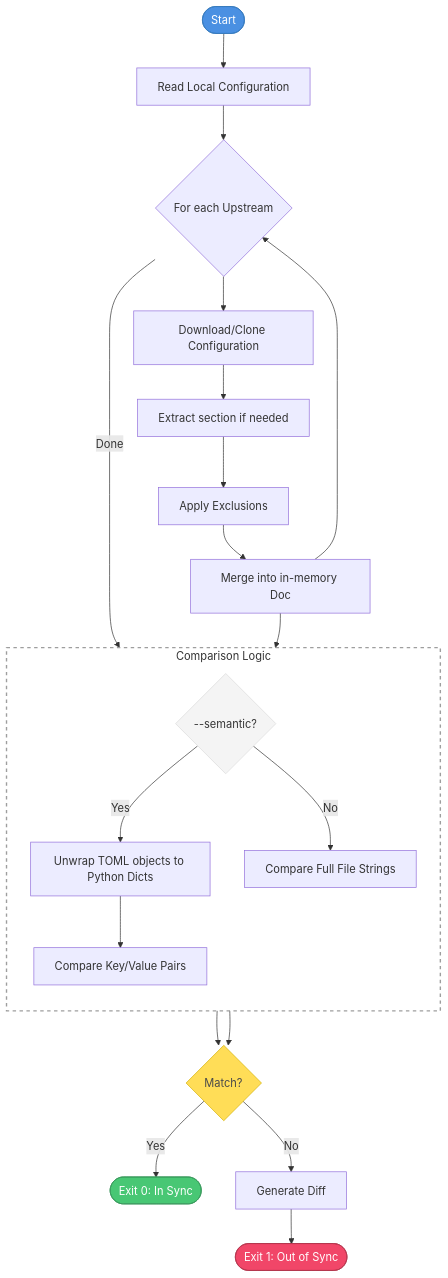
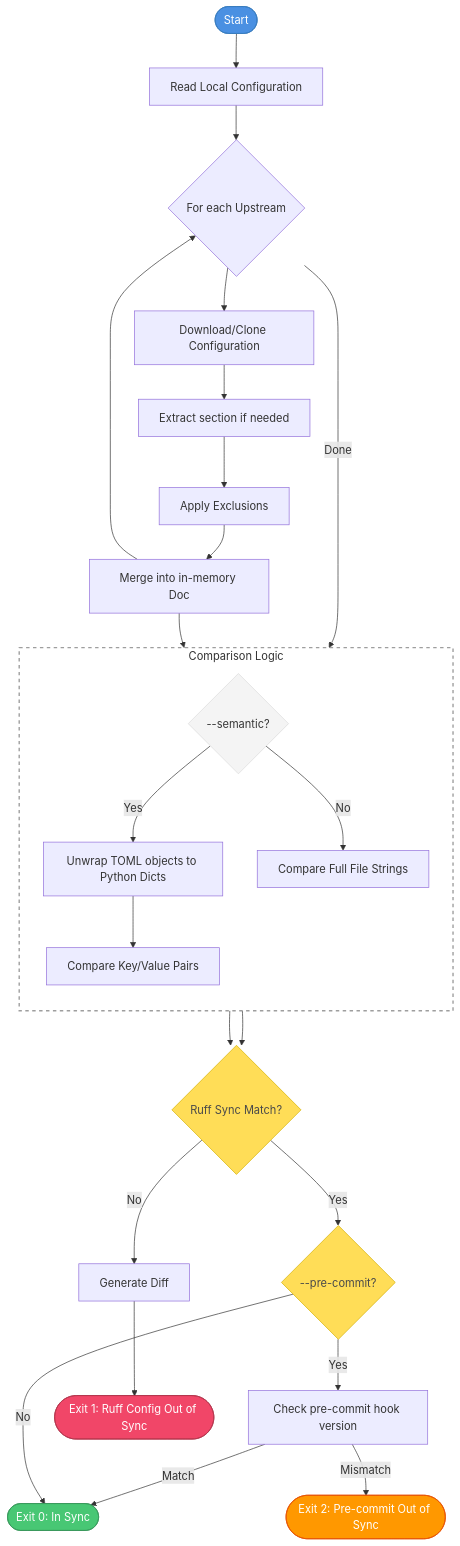
The diagram in README.md (Kilo59/ruff-sync), drawn with Mermaid before and after one commit. The commit also changed other lines of this file and 13 other files, not shown here.

First line of the commit message:
feat: implement pre-commit hook version synchronization

````diff
--- a/README.md
+++ b/README.md
@@ -344,36 +352,43 @@
 ```mermaid
 flowchart TD
     Start([Start]) --> Local[Read Local Configuration]
     Local --> Upstreams{For each Upstream}
     Upstreams --> Download[Download/Clone Configuration]
     Download --> Extract[Extract section if needed]
     Extract --> Exclude[Apply Exclusions]
     Exclude --> Merge[Merge into in-memory Doc]
     Merge --> Upstreams
     Upstreams -- Done --> Comparison
 
     subgraph Comparison [Comparison Logic]
         direction TB
         SemanticNode{--semantic?}
         SemanticNode -- Yes --> Unwrap[Unwrap TOML objects to Python Dicts]
         Unwrap --> CompareVal[Compare Key/Value Pairs]
         SemanticNode -- No --> CompareFull[Compare Full File Strings]
     end
 
     Merge --> Comparison
 
-    CompareVal --> ResultNode{Match?}
+    CompareVal --> ResultNode{Ruff Sync Match?}
     CompareFull --> ResultNode
 
-    ResultNode -- Yes --> Success([Exit 0: In Sync])
+    ResultNode -- Yes --> PCNode{--pre-commit?}
+    PCNode -- Yes --> CheckPC[Check pre-commit hook version]
+    CheckPC -- Match --> Success([Exit 0: In Sync])
+    CheckPC -- Mismatch --> PCOut([Exit 2: Pre-commit Out of Sync])
+    PCNode -- No --> Success
+
     ResultNode -- No --> Diff[Generate Diff]
-    Diff --> Fail([Exit 1: Out of Sync])
+    Diff --> Fail([Exit 1: Ruff Config Out of Sync])
 
     %% Styling
     style Start fill:#4a90e2,color:#fff,stroke:#357abd
     style Success fill:#48c774,color:#fff,stroke:#36975a
     style Fail fill:#f14668,color:#fff,stroke:#b2334b
+    style PCOut fill:#ff9800,color:#fff,stroke:#e65100
     style ResultNode fill:#ffdd57,color:#4a4a4a,stroke:#d4b106
+    style PCNode fill:#ffdd57,color:#4a4a4a,stroke:#d4b106
     style Comparison fill:none,stroke:#9e9e9e,stroke-dasharray: 5 5,stroke-width:2px
     style SemanticNode fill:#f4f4f4,color:#363636,stroke:#dbdbdb
 ```
````
